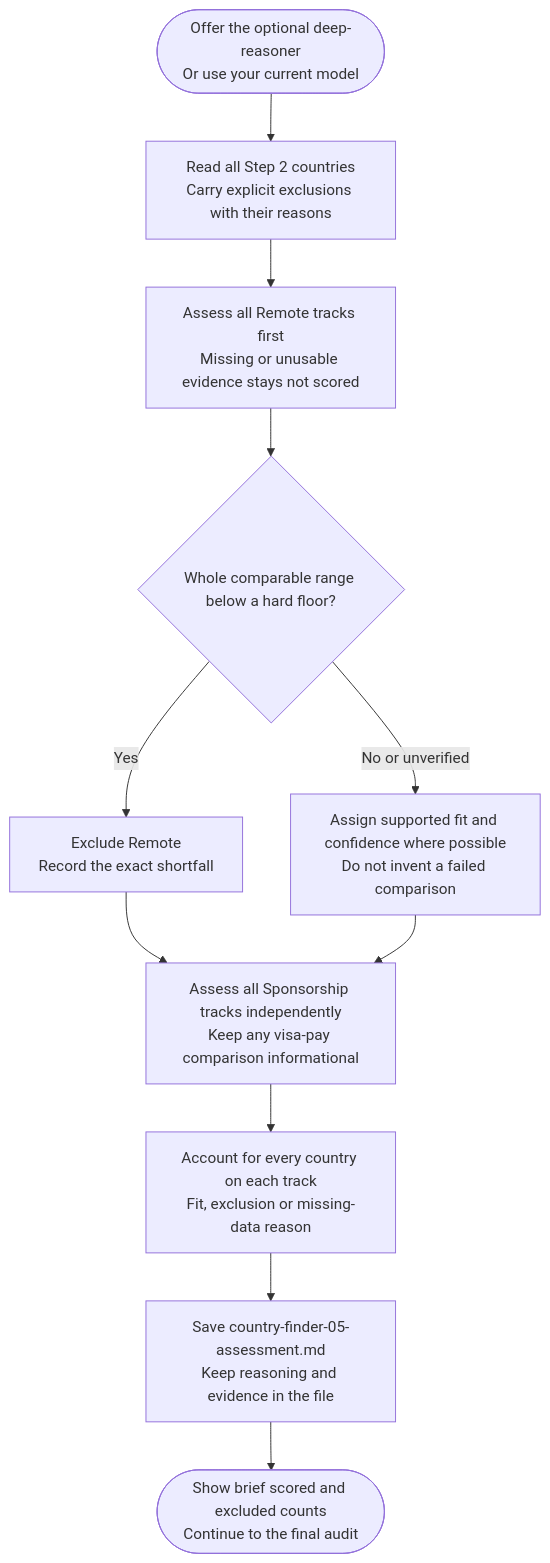
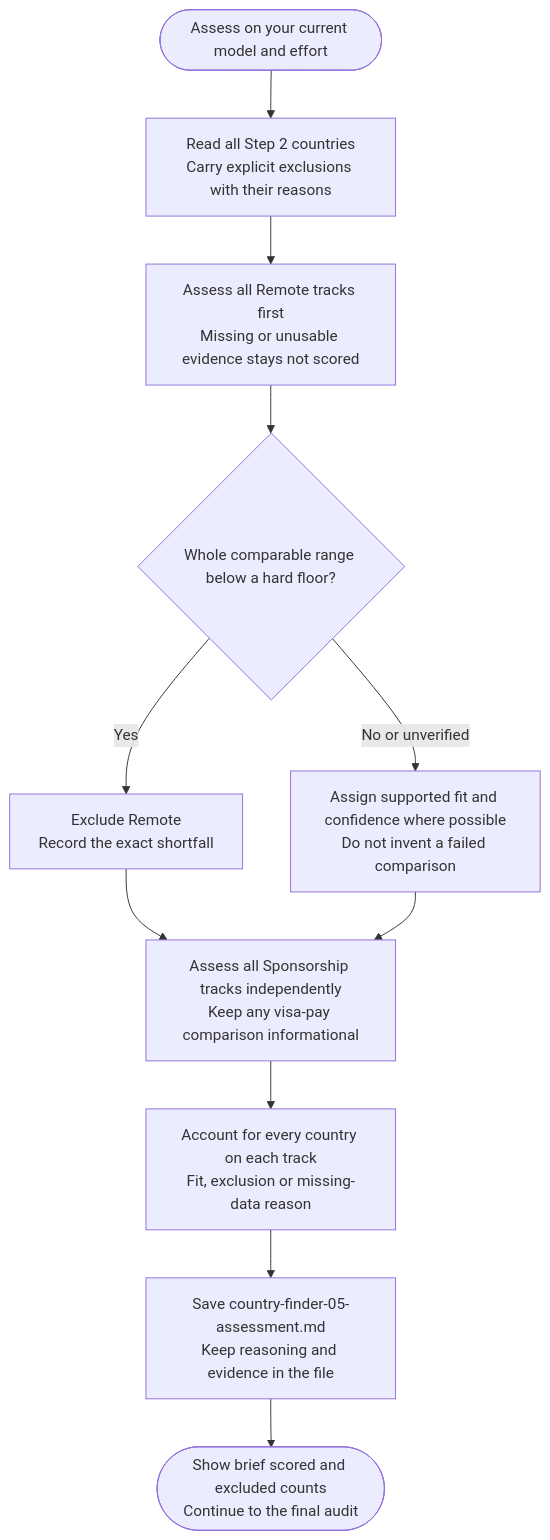
The diagram in docs/commands/country-finder/step5-scoring/detailed.md (myowinthein/agent-compass), drawn with Mermaid before and after one commit. The commit also changed other lines of this file and 38 other files, not shown here.

First line of the commit message:
refactor(workflows): use the current model for analysis and audits

````diff
--- a/docs/commands/country-finder/step5-scoring/detailed.md
+++ b/docs/commands/country-finder/step5-scoring/detailed.md
@@ -24,13 +24,13 @@
 ```mermaid
 flowchart TD
-  Start(["Offer the optional deep-reasoner<br/>Or use your current model"]) --> Carry["Read all Step 2 countries<br/>Carry explicit exclusions with their reasons"]
+  Start(["Assess on your current model and effort"]) --> Carry["Read all Step 2 countries<br/>Carry explicit exclusions with their reasons"]
   Carry --> Remote["Assess all Remote tracks first<br/>Missing or unusable evidence stays not scored"]
   Remote --> Floor{"Whole comparable range below a hard floor?"}
   Floor -->|Yes| Exclude["Exclude Remote<br/>Record the exact shortfall"]
   Floor -->|No or unverified| Fit["Assign supported fit and confidence where possible<br/>Do not invent a failed comparison"]
   Exclude --> Sponsorship["Assess all Sponsorship tracks independently<br/>Keep any visa-pay comparison informational"]
   Fit --> Sponsorship
   Sponsorship --> Coverage["Account for every country on each track<br/>Fit, exclusion or missing-data reason"]
   Coverage --> Save["Save country-finder-05-assessment.md<br/>Keep reasoning and evidence in the file"]
   Save --> Next(["Show brief scored and excluded counts<br/>Continue to the final audit"])
 ```
````
